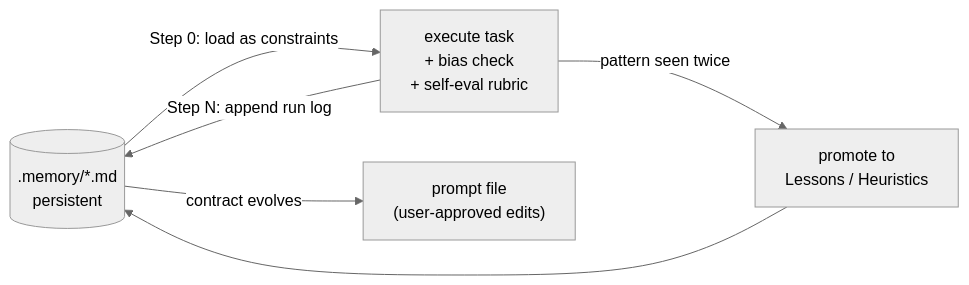
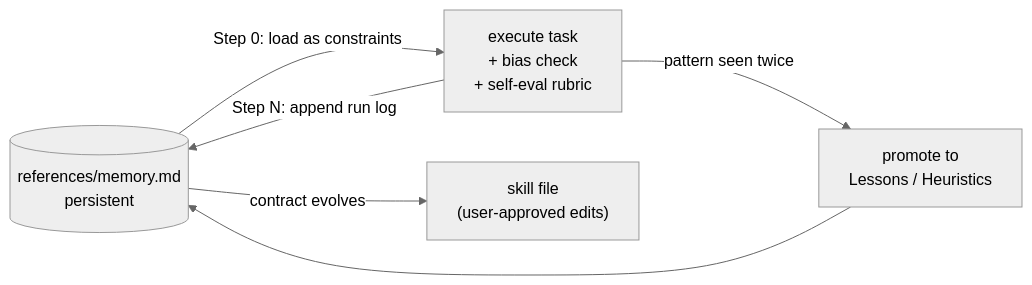
The fourth of 8 diagrams in docs/agentic/AGENTIC_ENGINEERING_ANALYSIS_AND_ADOPTION.md (pranems/SCIMServer), drawn with Mermaid (neutral theme) before and after one commit. The commit also changed other lines of this file and 103 other files, not shown here.

````diff
--- a/docs/agentic/AGENTIC_ENGINEERING_ANALYSIS_AND_ADOPTION.md
+++ b/docs/agentic/AGENTIC_ENGINEERING_ANALYSIS_AND_ADOPTION.md
@@ -187,8 +188,8 @@
 ```mermaid
 flowchart LR
-    M[(".memory/*.md\npersistent")] -->|"Step 0: load as constraints"| RUN["execute task\n+ bias check\n+ self-eval rubric"]
+    M[("references/memory.md\npersistent")] -->|"Step 0: load as constraints"| RUN["execute task\n+ bias check\n+ self-eval rubric"]
     RUN -->|"Step N: append run log"| M
     RUN -->|"pattern seen twice"| PROMOTE["promote to\nLessons / Heuristics"]
     PROMOTE --> M
-    M -->|"contract evolves"| PROMPT["prompt file\n(user-approved edits)"]
+    M -->|"contract evolves"| SKILL["skill file\n(user-approved edits)"]
 ```
````
